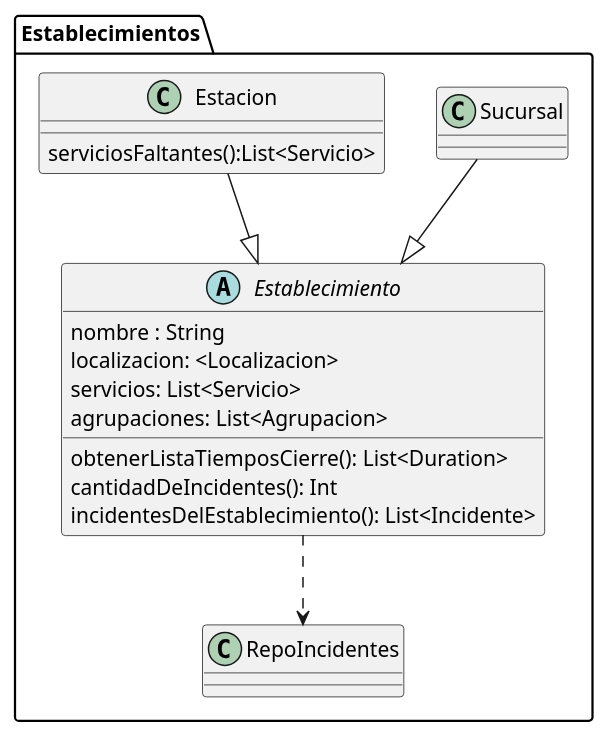
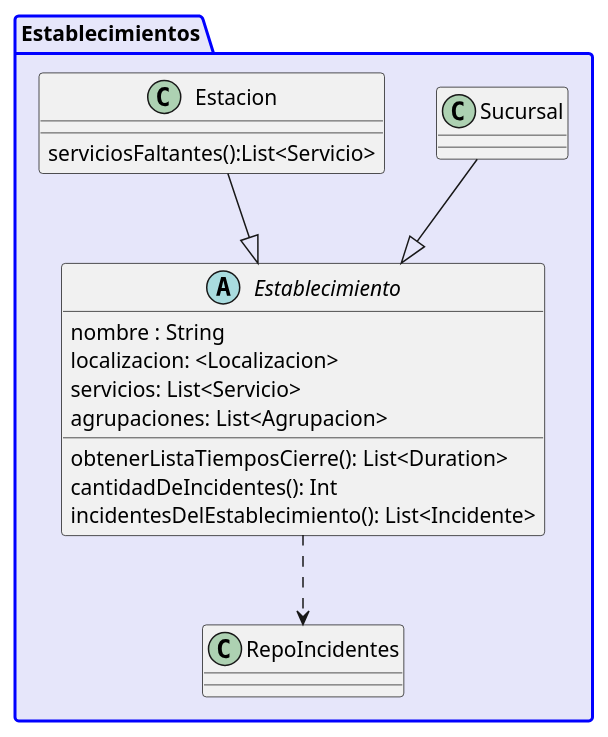
Before and after one commit to tomidandrea/TPA-DDS-2023: the diagram in Entrega-3/out/establecimientos.puml, drawn with PlantUML. The commit also changed 9 other files, not shown here.

Commit message:
Ordeno diagrama de clases

```diff
--- a/Entrega-3/out/establecimientos.puml
+++ b/Entrega-3/out/establecimientos.puml
@@ -1,30 +1,31 @@
 @startuml
 'https://plantuml.com/class-diagram
 
-package Establecimientos {
-    abstract class Establecimiento{
+package Establecimientos #back:lavender;line:Blue;line.bold{
+
+    abstract class Establecimiento {
         nombre : String
         localizacion: <Localizacion>
         servicios: List<Servicio>
         agrupaciones: List<Agrupacion>
         obtenerListaTiemposCierre(): List<Duration>
         cantidadDeIncidentes(): Int
         incidentesDelEstablecimiento(): List<Incidente>
     }
 
   class Sucursal{
   }
 
   class Estacion{
      serviciosFaltantes():List<Servicio>
   }
 
   class "RepoIncidentes" as CopiaRepoIncidentes{
       }
 
   Sucursal-down-|>Establecimiento
   Estacion-down-|>Establecimiento
   Establecimiento..>CopiaRepoIncidentes
 }
 
 @enduml
```
